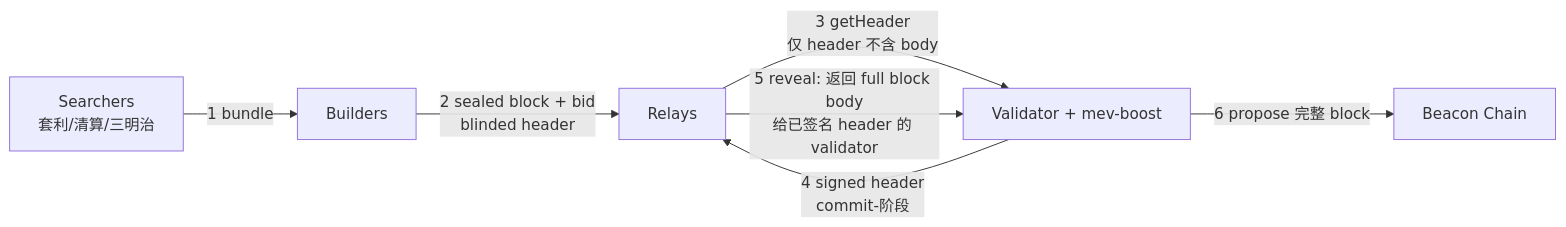
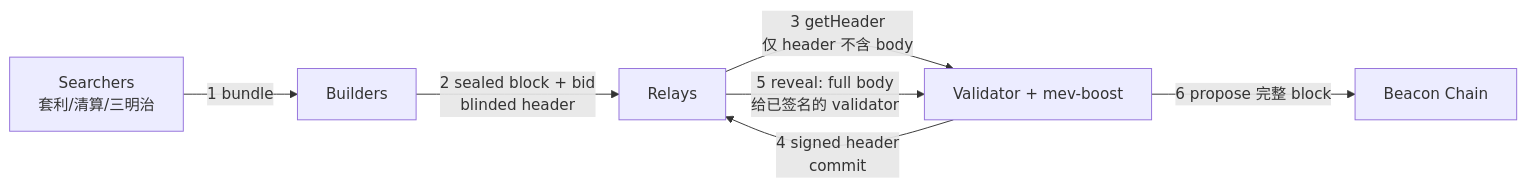
One commit to ChuwuYo/misc-files changed diagram 13 of 21 in web3-engineer-guide/11-基础设施与工具/README.md. Above: the diagram before and after it, drawn with Mermaid. The commit also changed other lines of this file and 690 other files, not shown here.

````diff
--- a/web3-engineer-guide/11-基础设施与工具/README.md
+++ b/web3-engineer-guide/11-基础设施与工具/README.md
@@ -1497,9 +1247,9 @@
 ```mermaid
 flowchart LR
     Searchers[Searchers<br/>套利/清算/三明治] -->|1 bundle| Builders[Builders]
     Builders -->|2 sealed block + bid<br/>blinded header| Relays[Relays]
     Relays -->|3 getHeader<br/>仅 header 不含 body| Validator[Validator + mev-boost]
-    Validator -->|4 signed header<br/>commit-阶段| Relays
-    Relays -->|5 reveal: 返回 full block body<br/>给已签名 header 的 validator| Validator
+    Validator -->|4 signed header<br/>commit| Relays
+    Relays -->|5 reveal: full body<br/>给已签名的 validator| Validator
     Validator -->|6 propose 完整 block| Beacon[Beacon Chain]
 ```
````
